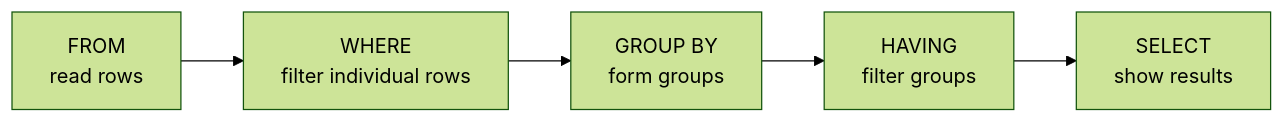
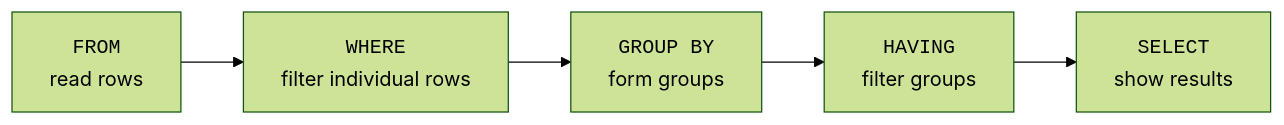
One commit to dataslope/dataslope changed the first of 2 diagrams in content/learn/sqlite-for-beginners/filtering-groups.mdx. Above: the diagram before and after it, drawn with Mermaid (forest theme). The commit also changed other lines of this file and 56 other files, not shown here.

````diff
--- a/content/learn/sqlite-for-beginners/filtering-groups.mdx
+++ b/content/learn/sqlite-for-beginners/filtering-groups.mdx
@@ -20,7 +20,7 @@
 ```mermaid
 flowchart LR
-    From["FROM<br/>read rows"] --> Where["WHERE<br/>filter individual rows"]
-    Where --> Group["GROUP BY<br/>form groups"]
-    Group --> Having["HAVING<br/>filter groups"]
-    Having --> Select["SELECT<br/>show results"]
+    From["<code>FROM</code><br/>read rows"] --> Where["<code>WHERE</code><br/>filter individual rows"]
+    Where --> Group["<code>GROUP BY</code><br/>form groups"]
+    Group --> Having["<code>HAVING</code><br/>filter groups"]
+    Having --> Select["<code>SELECT</code><br/>show results"]
 ```
````
